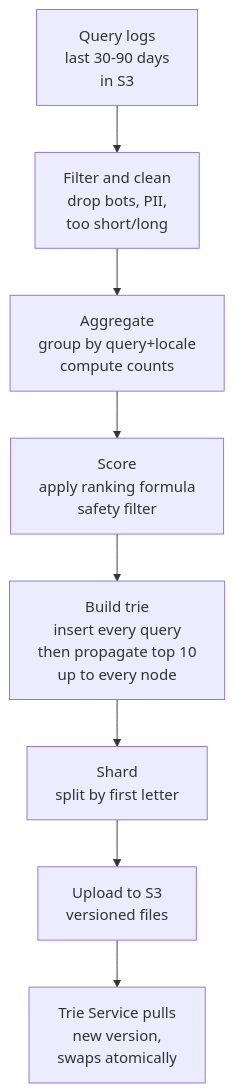
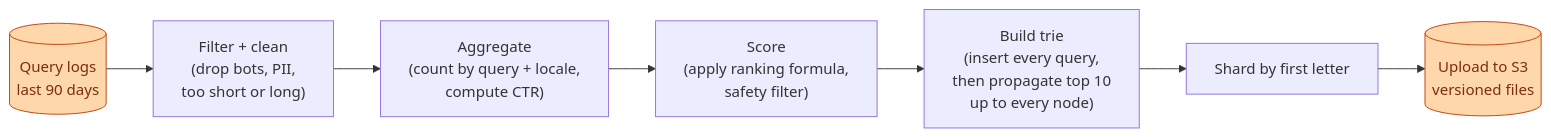
The tenth of 10 diagrams in problems/005-typeahead-autocomplete/question.md (shiningflash/system-design), drawn with Mermaid before and after one commit. The commit also changed other lines of this file and 38 other files, not shown here.

````diff
--- a/problems/005-typeahead-autocomplete/question.md
+++ b/problems/005-typeahead-autocomplete/question.md
@@ -373,10 +389,12 @@
 ```mermaid
-flowchart TD
-    A[Query logs<br/>last 30-90 days<br/>in S3] --> B[Filter and clean<br/>drop bots, PII,<br/>too short/long]
-    B --> C[Aggregate<br/>group by query+locale<br/>compute counts]
-    C --> D[Score<br/>apply ranking formula<br/>safety filter]
-    D --> E[Build trie<br/>insert every query<br/>then propagate top 10<br/>up to every node]
-    E --> F[Shard<br/>split by first letter]
-    F --> G[Upload to S3<br/>versioned files]
-    G --> H[Trie Service pulls<br/>new version,<br/>swaps atomically]
+flowchart LR
+    A[("Query logs<br/>last 90 days")] --> B["Filter + clean<br/>(drop bots, PII,<br/>too short or long)"]
+    B --> C["Aggregate<br/>(count by query + locale,<br/>compute CTR)"]
+    C --> D["Score<br/>(apply ranking formula,<br/>safety filter)"]
+    D --> E["Build trie<br/>(insert every query,<br/>then propagate top 10<br/>up to every node)"]
+    E --> F["Shard by first letter"]
+    F --> G[("Upload to S3<br/>versioned files")]
+
+    classDef db fill:#fed7aa,stroke:#c2410c,color:#7c2d12
+    class A,G db
 ```
````
